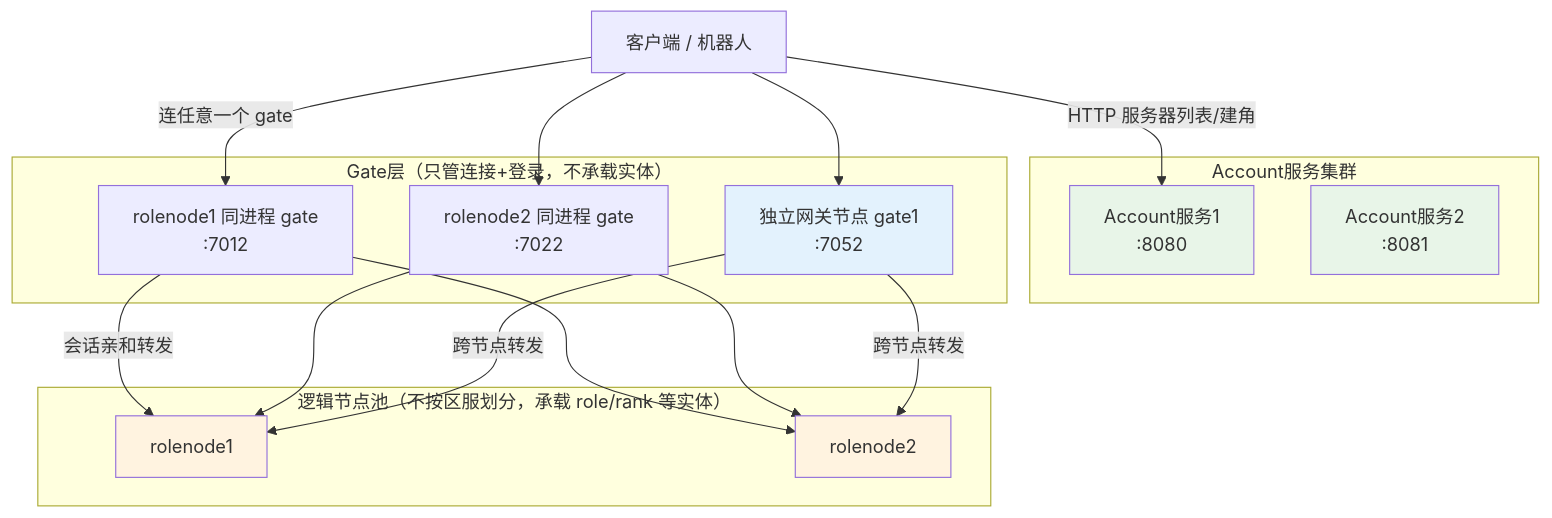
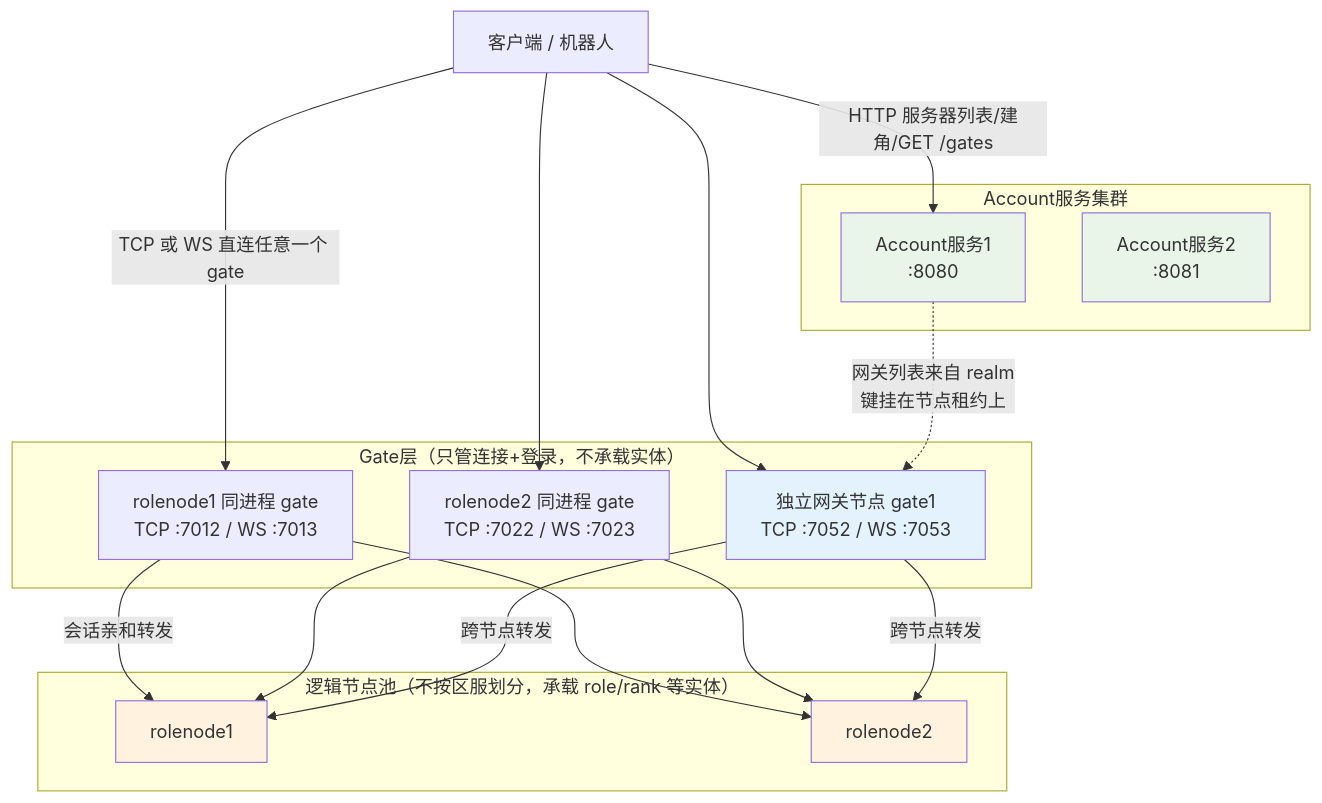
Before and after one commit to hanxi/skyext: the fifth of 8 diagrams in docs/guide/login_diagram.md, drawn with Mermaid. The commit also changed other lines of this file and 10 other files, not shown here.

````diff
--- a/docs/guide/login_diagram.md
+++ b/docs/guide/login_diagram.md
@@ -125,38 +157,40 @@
 ```mermaid
 graph TB
     Client[客户端 / 机器人]
 
     subgraph "Account服务集群"
         Account1[Account服务1<br/>:8080]
         Account2[Account服务2<br/>:8081]
     end
 
     subgraph "Gate层（只管连接+登录，不承载实体）"
-        GateR1[rolenode1 同进程 gate<br/>:7012]
-        GateR2[rolenode2 同进程 gate<br/>:7022]
-        Gate1[独立网关节点 gate1<br/>:7052]
+        GateR1["rolenode1 同进程 gate<br/>TCP :7012 / WS :7013"]
+        GateR2["rolenode2 同进程 gate<br/>TCP :7022 / WS :7023"]
+        Gate1["独立网关节点 gate1<br/>TCP :7052 / WS :7053"]
     end
 
     subgraph "逻辑节点池（不按区服划分，承载 role/rank 等实体）"
         RoleNode1[rolenode1]
         RoleNode2[rolenode2]
     end
 
-    Client -->|HTTP 服务器列表/建角| Account1
-    Client -->|连任意一个 gate| GateR1
+    Client -->|"HTTP 服务器列表/建角/GET /gates"| Account1
+    Client -->|TCP 或 WS 直连任意一个 gate| GateR1
     Client --> GateR2
     Client --> Gate1
 
     GateR1 -->|会话亲和转发| RoleNode1
     GateR1 --> RoleNode2
     GateR2 --> RoleNode1
     GateR2 --> RoleNode2
     Gate1 -->|跨节点转发| RoleNode1
     Gate1 -->|跨节点转发| RoleNode2
 
+    Account1 -.->|"网关列表来自 realm<br/>键挂在节点租约上"| Gate1
+
     style Account1 fill:#e8f5e8
     style Account2 fill:#e8f5e8
     style Gate1 fill:#e3f2fd
     style RoleNode1 fill:#fff3e0
     style RoleNode2 fill:#fff3e0
 ```
````
